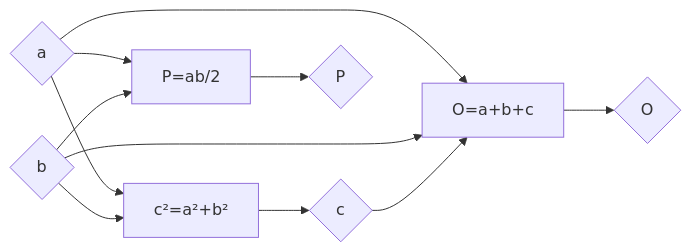
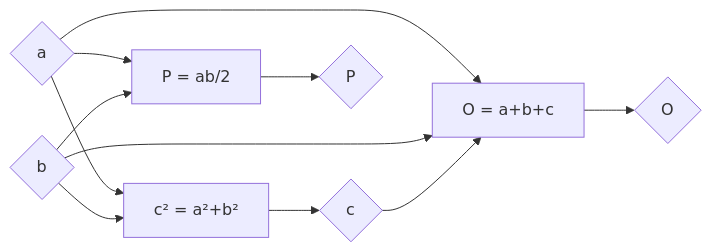
Before and after one commit to ndjapic/mat7-2024: the diagram in 02-pitagora/primena/trougao/01-pravougli.md, drawn with Mermaid. The commit also changed other lines of this file, not shown here.

````diff
--- a/02-pitagora/primena/trougao/01-pravougli.md
+++ b/02-pitagora/primena/trougao/01-pravougli.md
@@ -7,13 +7,13 @@
 ```mermaid
 graph LR;
-    PT[c&sup2;=a&sup2;+b&sup2;] --> C{c};
+    PT["c² = a²+b²"] --> C{c};
     A{a} --> PT;
     B{b} --> PT;
-    FO[O=a+b+c] --> O{O};
+    FO[O = a+b+c] --> O{O};
     A --> FO;
     B --> FO;
     C --> FO;
-    FP[P=ab/2] --> P{P};
+    FP[P = ab/2] --> P{P};
     A --> FP;
     B --> FP;
 ```
````
